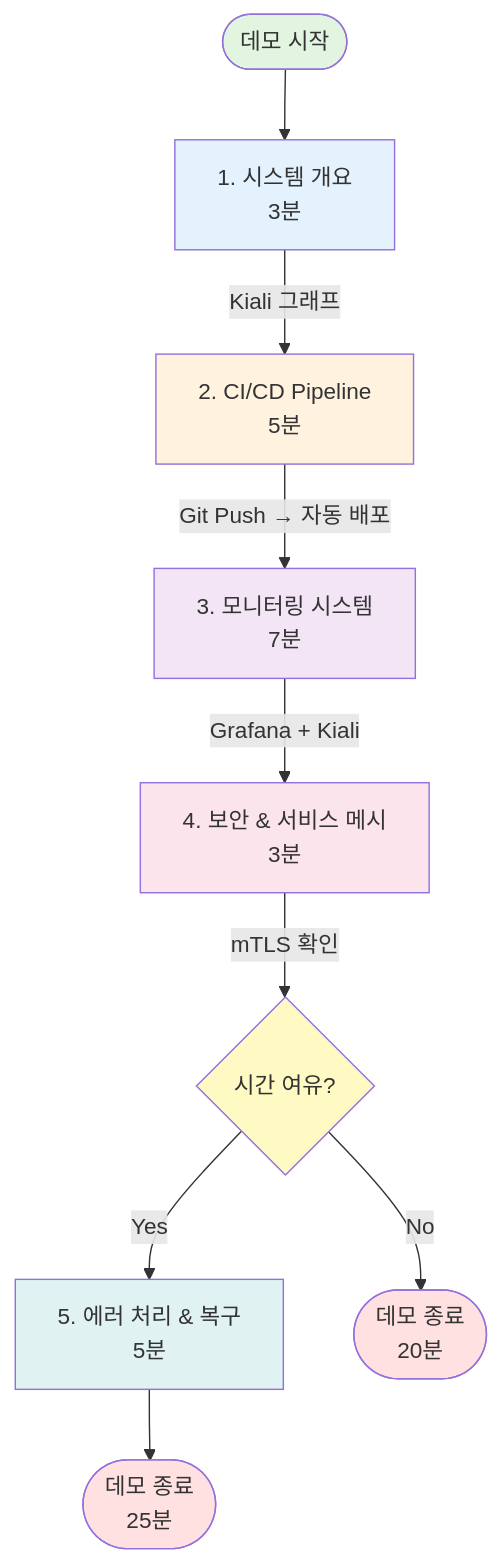
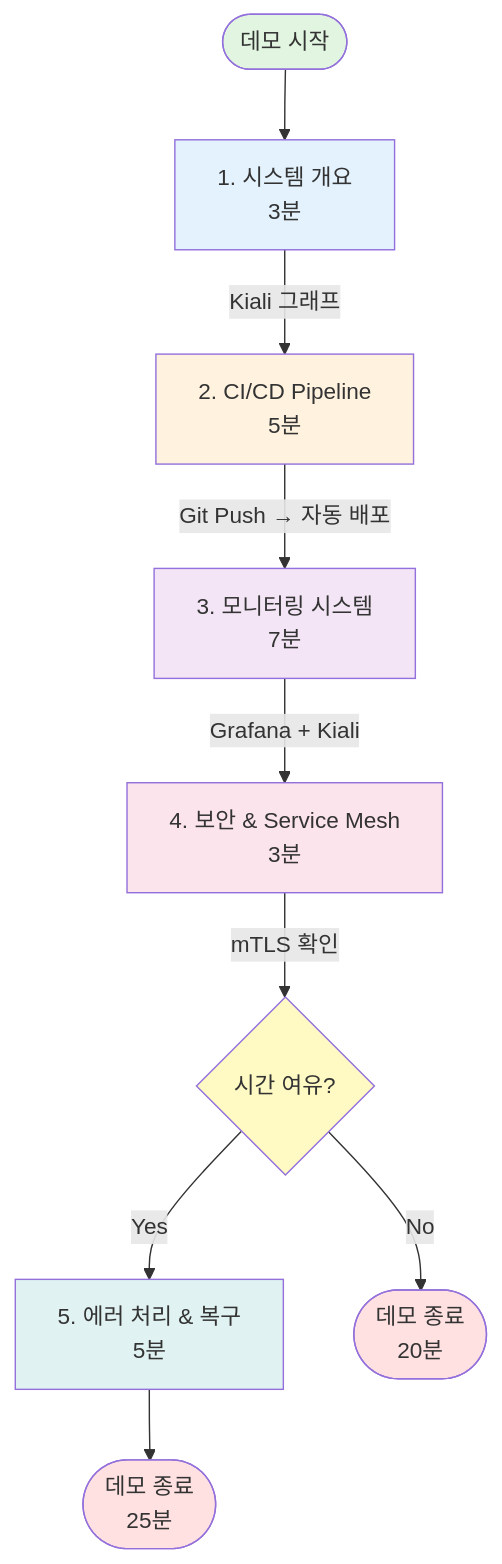
The diagram in docs/07-demo/demo-scenario.md (DvwN-Lee/Monitoring-v2), drawn with Mermaid before and after one commit. The commit also changed other lines of this file and 47 other files, not shown here.

````diff
--- a/docs/07-demo/demo-scenario.md
+++ b/docs/07-demo/demo-scenario.md
@@ -25,21 +25,21 @@
 ```mermaid
 graph TD
     Start([데모 시작]) --> Step1[1. 시스템 개요<br/>3분]
     Step1 --> |Kiali 그래프| Step2[2. CI/CD Pipeline<br/>5분]
     Step2 --> |Git Push → 자동 배포| Step3[3. 모니터링 시스템<br/>7분]
-    Step3 --> |Grafana + Kiali| Step4[4. 보안 & 서비스 메시<br/>3분]
+    Step3 --> |Grafana + Kiali| Step4[4. 보안 & Service Mesh<br/>3분]
     Step4 --> |mTLS 확인| Decision{시간 여유?}
     Decision --> |Yes| Step5[5. 에러 처리 & 복구<br/>5분]
     Decision --> |No| End([데모 종료<br/>20분])
     Step5 --> End2([데모 종료<br/>25분])
 
     style Start fill:#e1f5e1
     style End fill:#ffe1e1
     style End2 fill:#ffe1e1
     style Step1 fill:#e3f2fd
     style Step2 fill:#fff3e0
     style Step3 fill:#f3e5f5
     style Step4 fill:#fce4ec
     style Step5 fill:#e0f2f1
     style Decision fill:#fff9c4
 ```
````
